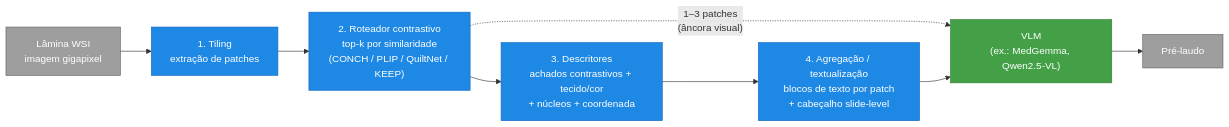
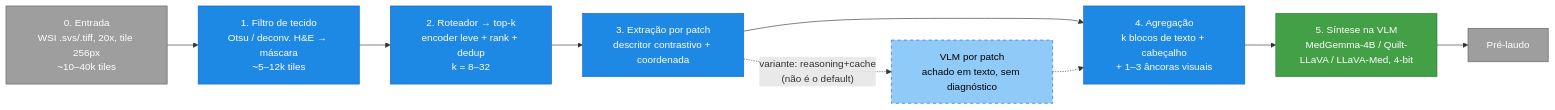
Before and after one commit to medeirosdev/pesquisa-vlm-oncologia-ic: the diagram in docs/pipelines.md, drawn with Mermaid. The commit also changed other lines of this file, not shown here.

Commit message:
reescreve Pipeline Ideia 01: filtro de tecido, top-k, extracao por patch, agregacao e sintese

````diff
--- a/docs/pipelines.md
+++ b/docs/pipelines.md
@@ -41,14 +9,16 @@
 ```mermaid
 flowchart LR
-    A["Lâmina WSI<br/>imagem gigapixel"]:::io --> B["1. Tiling<br/>extração de patches"]:::stage
-    B --> C["2. Roteador contrastivo<br/>top-k por similaridade<br/>(CONCH / PLIP / QuiltNet / KEEP)"]:::stage
-    C --> D["3. Descritores<br/>achados contrastivos + tecido/cor<br/>+ núcleos + coordenada"]:::stage
-    D --> E["4. Agregação / textualização<br/>blocos de texto por patch<br/>+ cabeçalho slide-level"]:::stage
-    C -. "1–3 patches<br/>(âncora visual)" .-> F["VLM<br/>(ex.: MedGemma, Qwen2.5-VL)"]:::model
-    E --> F
+    A["0. Entrada<br/>WSI .svs/.tiff, 20x, tile 256px<br/>~10–40k tiles"]:::io --> B["1. Filtro de tecido<br/>Otsu / deconv. H&E → máscara<br/>~5–12k tiles"]:::stage
+    B --> C["2. Roteador → top-k<br/>encoder leve + rank + dedup<br/>k = 8–32"]:::stage
+    C --> D["3. Extração por patch<br/>descritor contrastivo + coordenada"]:::stage
+    D -. "variante: reasoning+cache<br/>(não é o default)" .-> D2["VLM por patch<br/>achado em texto, sem diagnóstico"]:::variant
+    D --> E["4. Agregação<br/>k blocos de texto + cabeçalho<br/>+ 1–3 âncoras visuais"]:::stage
+    D2 -.-> E
+    E --> F["5. Síntese na VLM<br/>MedGemma-4B / Quilt-LLaVA / LLaVA-Med, 4-bit"]:::model
     F --> G["Pré-laudo"]:::io
 
     classDef io fill:#9e9e9e,stroke:#616161,color:#fff
     classDef stage fill:#1e88e5,stroke:#1565c0,color:#fff
     classDef model fill:#43a047,stroke:#2e7d32,color:#fff
+    classDef variant fill:#90caf9,stroke:#1565c0,color:#000,stroke-dasharray: 5 5
 ```
````
